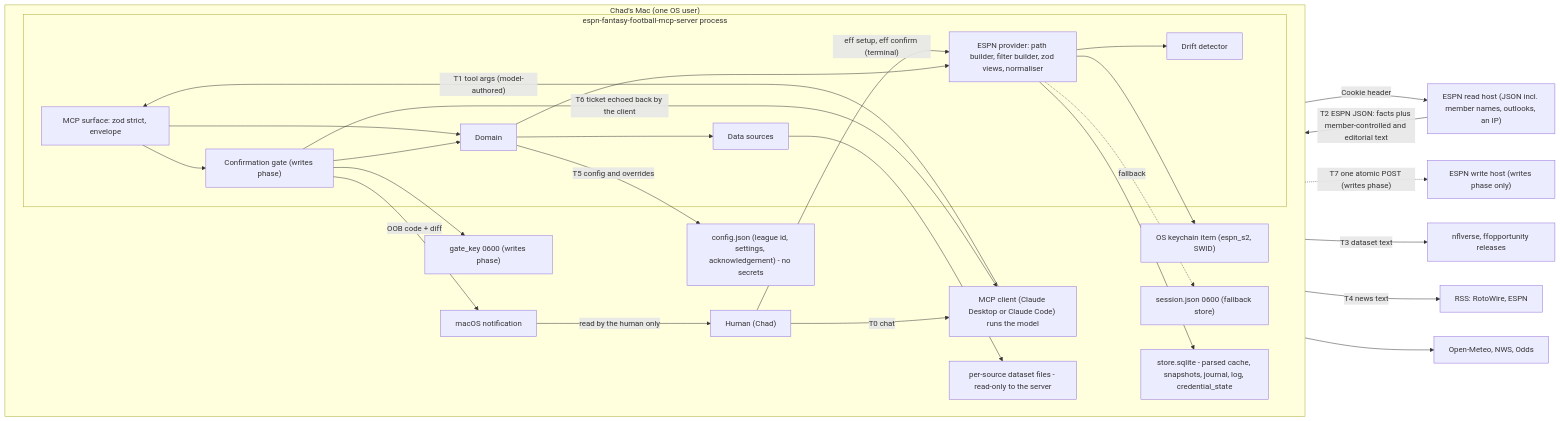
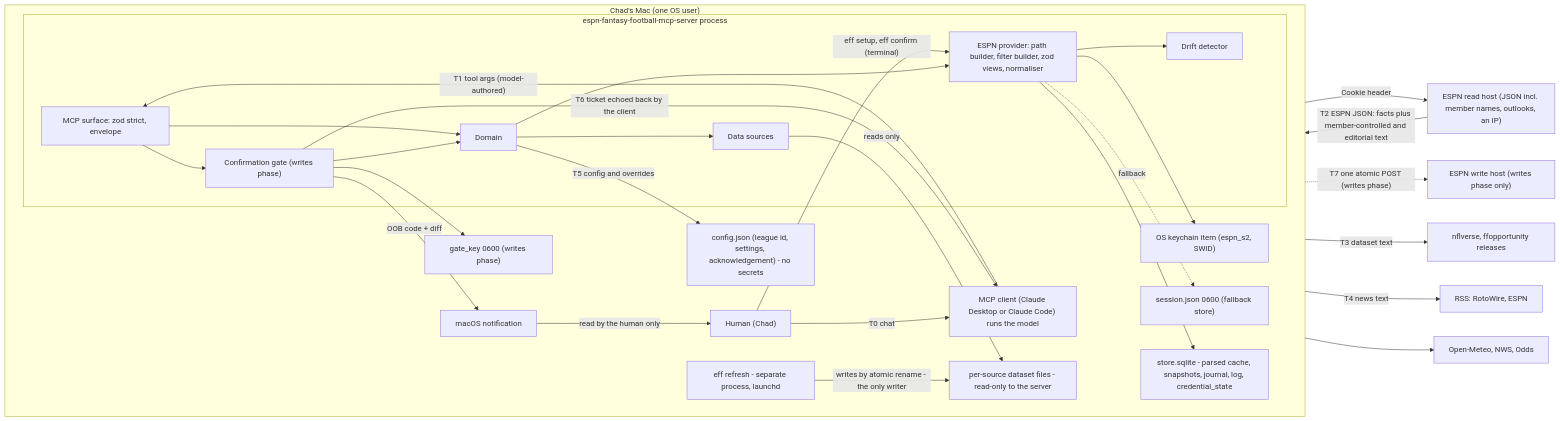
Before and after one commit to ChadPapineau/espn-fantasy-football-mcp: the first of 3 diagrams in docs/plan/02-security-architecture.md, drawn with Mermaid. The commit also changed other lines of this file and 9 other files, not shown here.

````diff
--- a/docs/plan/02-security-architecture.md
+++ b/docs/plan/02-security-architecture.md
@@ -35,52 +35,54 @@
 ```mermaid
 flowchart LR
   subgraph MACHINE["Chad's Mac (one OS user)"]
     direction LR
     USER["Human (Chad)"]
     CLIENT["MCP client (Claude Desktop or Claude Code) runs the model"]
     subgraph PROC["espn-fantasy-football-mcp-server process"]
       MCPS["MCP surface: zod strict, envelope"]
       GATE["Confirmation gate (writes phase)"]
       DOM["Domain"]
       PROV["ESPN provider: path builder, filter builder, zod views, normaliser"]
       DRIFT["Drift detector"]
       SRC["Data sources"]
     end
     KC["OS keychain item (espn_s2, SWID)"]
     CF["session.json 0600 (fallback store)"]
     GK["gate_key 0600 (writes phase)"]
     DB["store.sqlite - parsed cache, snapshots, journal, log, credential_state"]
     DSF["per-source dataset files - read-only to the server"]
     CFG["config.json (league id, settings, acknowledgement) - no secrets"]
     NOTIF["macOS notification"]
+    REFRESH["eff refresh - separate process, launchd"]
   end
   ESPNR["ESPN read host (JSON incl. member names, outlooks, an IP)"]
   ESPNW["ESPN write host (writes phase only)"]
   NFLV["nflverse, ffopportunity releases"]
   NEWS["RSS: RotoWire, ESPN"]
   WX["Open-Meteo, NWS, Odds"]
 
   USER -- "T0 chat" --> CLIENT
   CLIENT -- "T1 tool args (model-authored)" --> MCPS
   MCPS --> GATE --> DOM
   MCPS --> DOM
   DOM --> PROV
   DOM --> SRC
   PROV -- "Cookie header" --> ESPNR
   ESPNR -- "T2 ESPN JSON: facts plus member-controlled and editorial text" --> PROV
   PROV --> DRIFT
   GATE -. "T7 one atomic POST (writes phase)" .-> ESPNW
-  SRC -- "T3 dataset text" --> NFLV
+  REFRESH -- "T3 dataset text" --> NFLV
   SRC -- "T4 news text" --> NEWS
   SRC --> WX
   PROV --> KC
   PROV -. "fallback" .-> CF
   PROV --> DB
-  SRC --> DSF
+  REFRESH -- "writes by atomic rename - the only writer" --> DSF
+  SRC -- "reads only" --> DSF
   DOM -- "T5 config and overrides" --> CFG
   GATE -- "T6 ticket echoed back by the client" --> CLIENT
   GATE --> GK
   GATE -- "OOB code + diff" --> NOTIF
   NOTIF -- "read by the human only" --> USER
   USER -- "eff setup, eff confirm (terminal)" --> PROV
 ```
````
